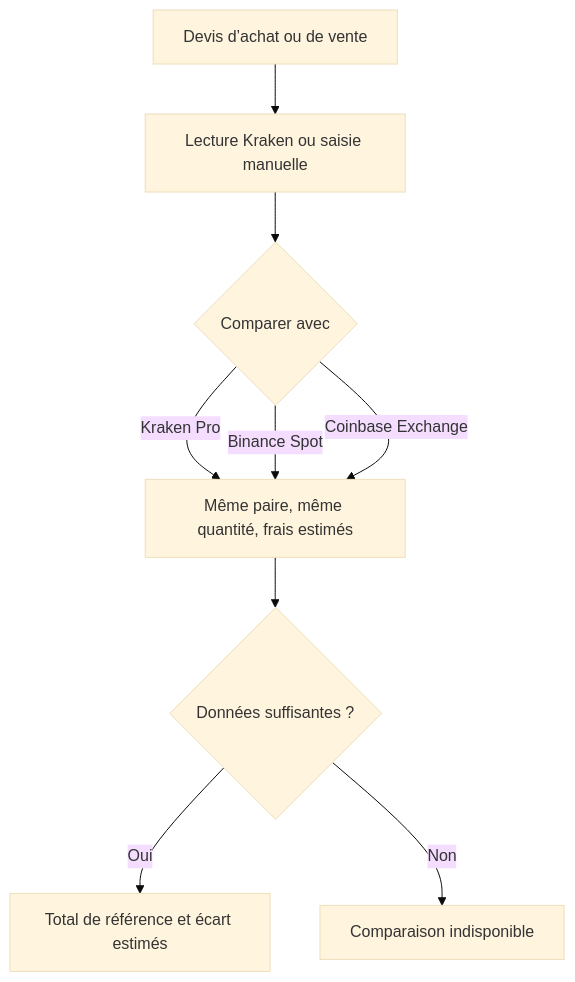
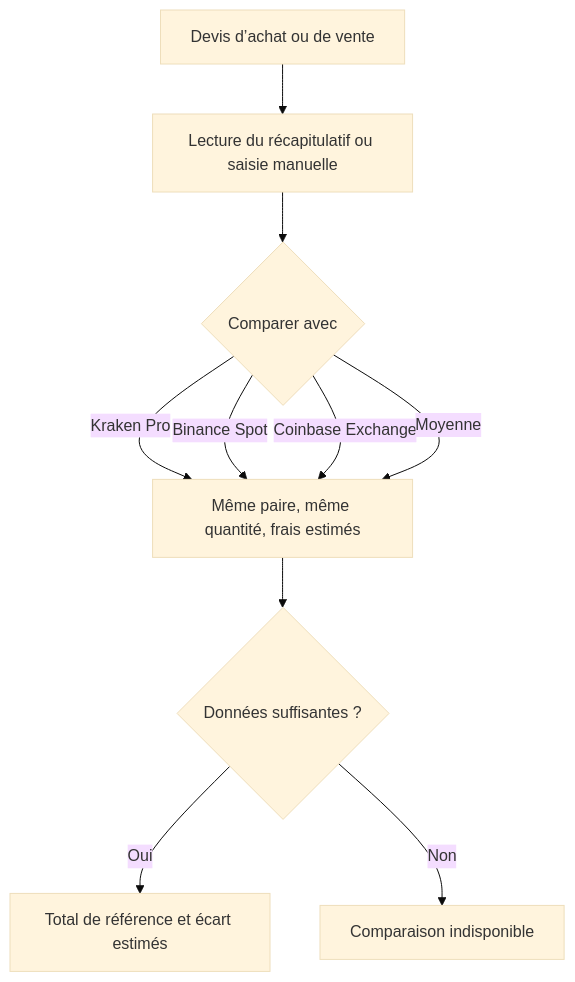
The diagram in README.md (nouvellealex-alt/prisme), drawn with Mermaid (base theme) before and after one commit. The commit also changed other lines of this file and 14 other files, not shown here.

````diff
--- a/README.md
+++ b/README.md
@@ -9,11 +9,12 @@
 ```mermaid
 flowchart TD
-    A["Devis d’achat ou de vente"] --> B["Lecture Kraken ou saisie manuelle"]
+    A["Devis d’achat ou de vente"] --> B["Lecture du récapitulatif ou saisie manuelle"]
     B --> C{"Comparer avec"}
     C -->|Kraken Pro| F["Même paire, même quantité, frais estimés"]
     C -->|Binance Spot| F
     C -->|Coinbase Exchange| F
+    C -->|Moyenne| F
     F --> G{"Données suffisantes ?"}
     G -->|Oui| H["Total de référence et écart estimés"]
     G -->|Non| I["Comparaison indisponible"]
 ```
````
